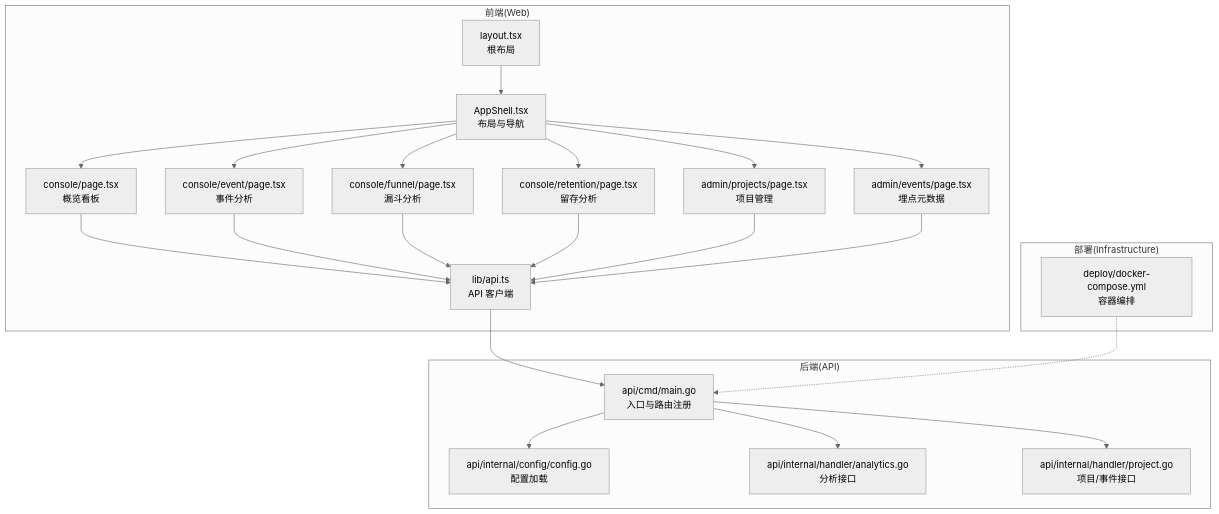
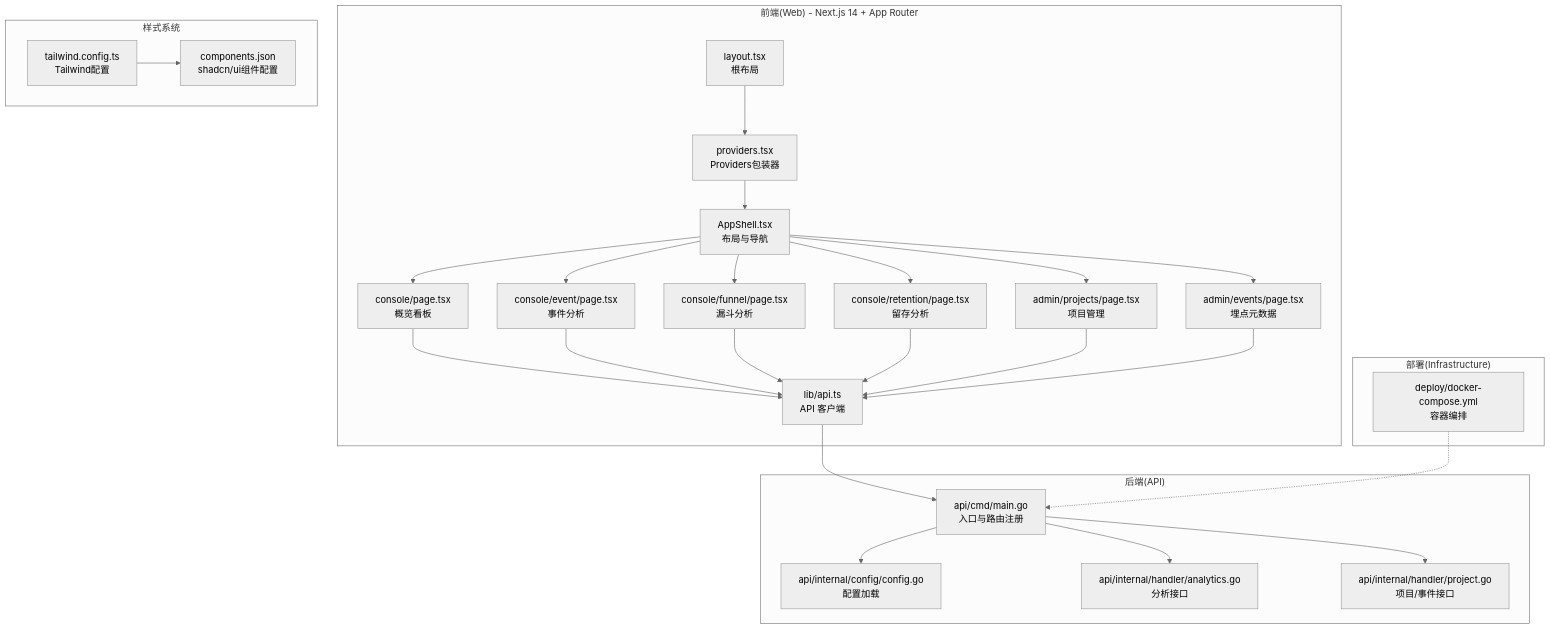
One commit to zhen-zhong/AeroLog changed the first of 9 diagrams in .qoder/repowiki/zh/content/Web控制台/Web控制台.md. Above: the diagram before and after it, drawn with Mermaid (neutral theme). The commit also changed other lines of this file and 105 other files, not shown here.

````diff
--- a/.qoder/repowiki/zh/content/Web控制台/Web控制台.md
+++ b/.qoder/repowiki/zh/content/Web控制台/Web控制台.md
@@ -52,41 +56,48 @@
 ```mermaid
 graph TB
-subgraph "前端(Web)"
+subgraph "前端(Web) - Next.js 14 + App Router"
 L["layout.tsx<br/>根布局"]
+P["providers.tsx<br/>Providers包装器"]
 A["AppShell.tsx<br/>布局与导航"]
 C1["console/page.tsx<br/>概览看板"]
 C2["console/event/page.tsx<br/>事件分析"]
 C3["console/funnel/page.tsx<br/>漏斗分析"]
 C4["console/retention/page.tsx<br/>留存分析"]
 M1["admin/projects/page.tsx<br/>项目管理"]
 M2["admin/events/page.tsx<br/>埋点元数据"]
 API["lib/api.ts<br/>API 客户端"]
+end
+subgraph "样式系统"
+TW["tailwind.config.ts<br/>Tailwind配置"]
+COMP["components.json<br/>shadcn/ui组件配置"]
 end
 subgraph "后端(API)"
 MAIN["api/cmd/main.go<br/>入口与路由注册"]
 CFG["api/internal/config/config.go<br/>配置加载"]
 AH["api/internal/handler/analytics.go<br/>分析接口"]
 PH["api/internal/handler/project.go<br/>项目/事件接口"]
 end
 subgraph "部署(Infrastructure)"
 DC["deploy/docker-compose.yml<br/>容器编排"]
 end
-L --> A
+L --> P
+P --> A
 A --> C1
 A --> C2
 A --> C3
 A --> C4
 A --> M1
 A --> M2
 C1 --> API
 C2 --> API
 C3 --> API
 C4 --> API
 M1 --> API
 M2 --> API
 API --> MAIN
 MAIN --> AH
 MAIN --> PH
 MAIN --> CFG
+TW --> COMP
 DC -.-> MAIN
 ```
````
